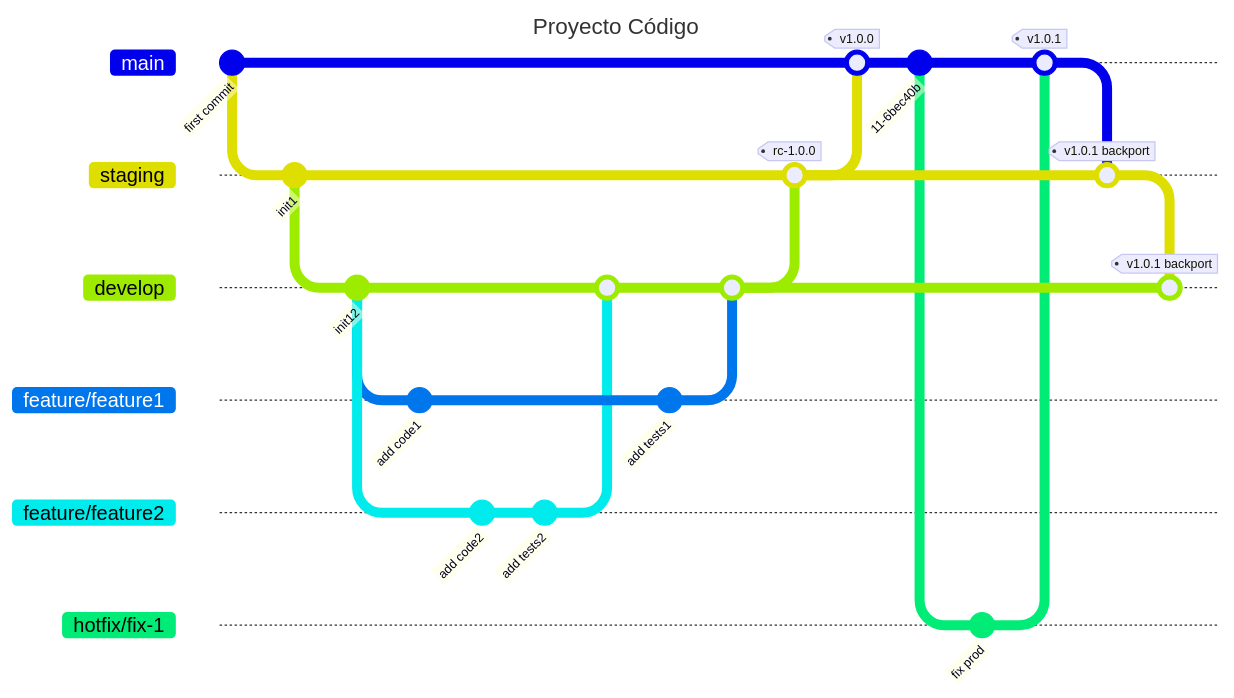
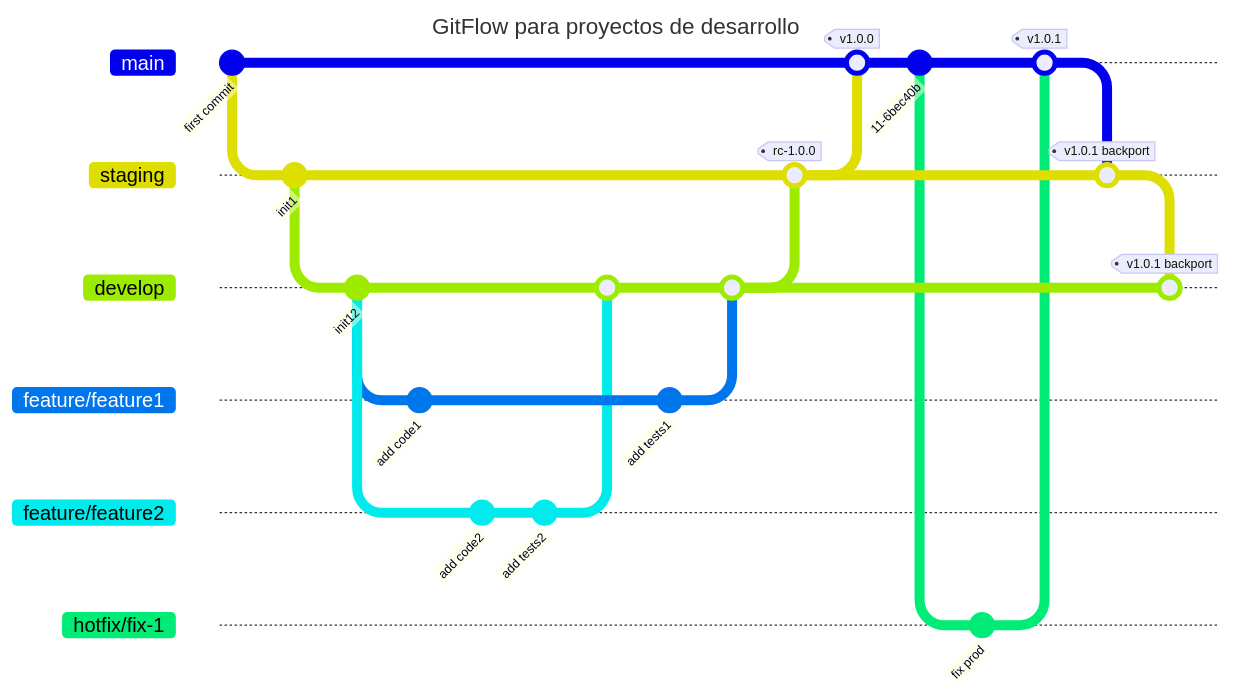
One commit to ObligatorioDevOps3M/DevOps changed the diagram in diagramas/GitFlow.md. Above: the diagram before and after it, drawn with Mermaid.

````diff
--- a/diagramas/GitFlow.md
+++ b/diagramas/GitFlow.md
@@ -1,49 +1,49 @@
 ``` mermaid
 ---
-title: Proyecto Código
+title: GitFlow para proyectos de desarrollo
 ---
 gitGraph
 
    commit id: "first commit" 
    branch staging
    commit id: "init1"
    branch develop
    commit id: "init12"
    
    branch feature/feature1
    checkout feature/feature1
    commit id: "add code1" 
    checkout develop
 
    branch feature/feature2
    checkout feature/feature2
    commit id: "add code2" 
    commit id: "add tests2" 
    checkout feature/feature2
    checkout develop 
    merge feature/feature2
    checkout feature/feature1
    commit id: "add tests1" 
    checkout develop 
     merge feature/feature1
     
    checkout staging
    merge develop tag: "rc-1.0.0"
 
    checkout main
    merge staging tag: "v1.0.0"
    
    checkout main
 
    commit id: ""
    
    branch hotfix/fix-1
    commit id: "fix prod"
    checkout hotfix/fix-1
    checkout main
    merge hotfix/fix-1 tag: "v1.0.1"
    checkout staging
    merge main tag: "v1.0.1 backport"
    checkout develop
    merge staging tag: "v1.0.1 backport"
    ``` 
````
